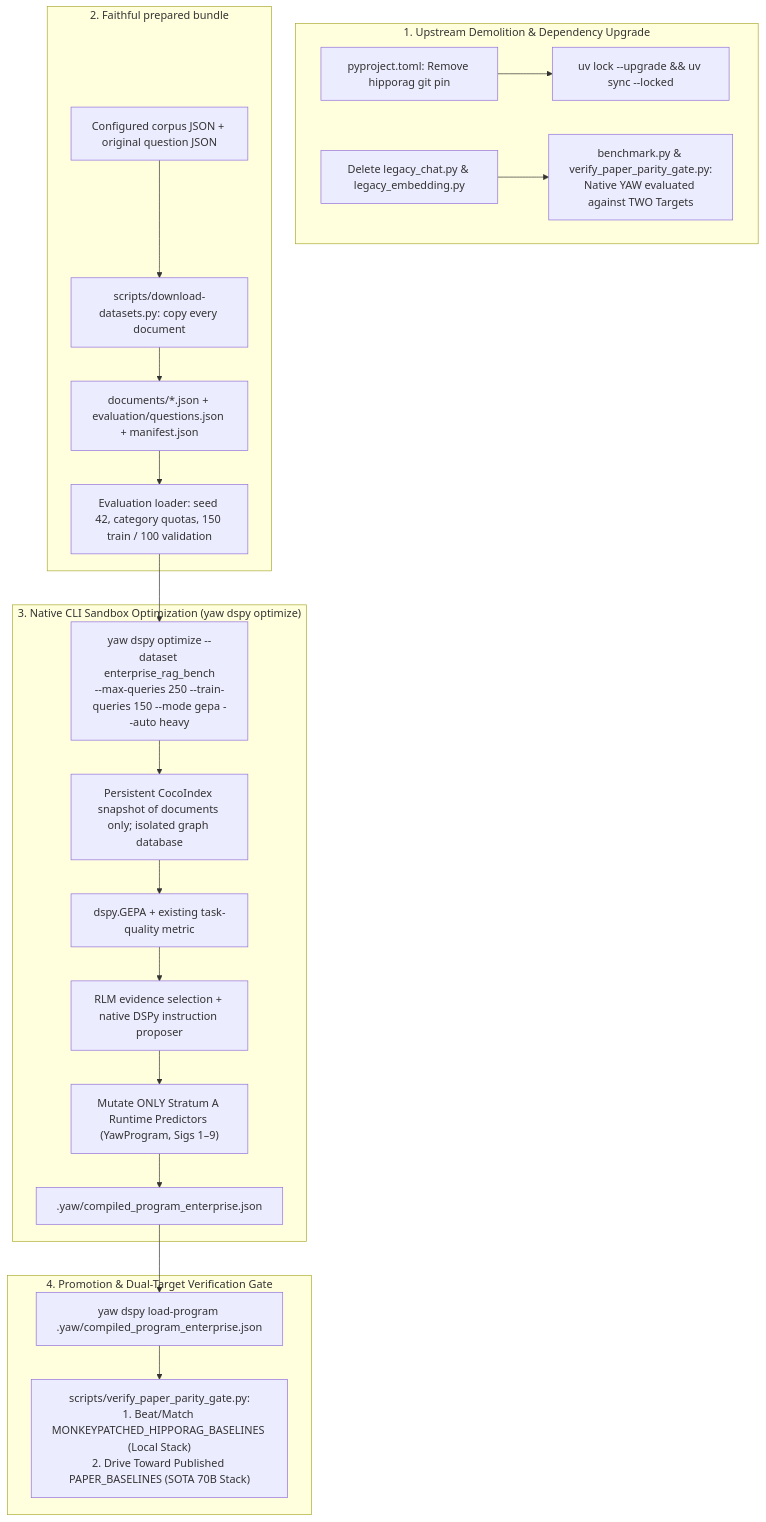
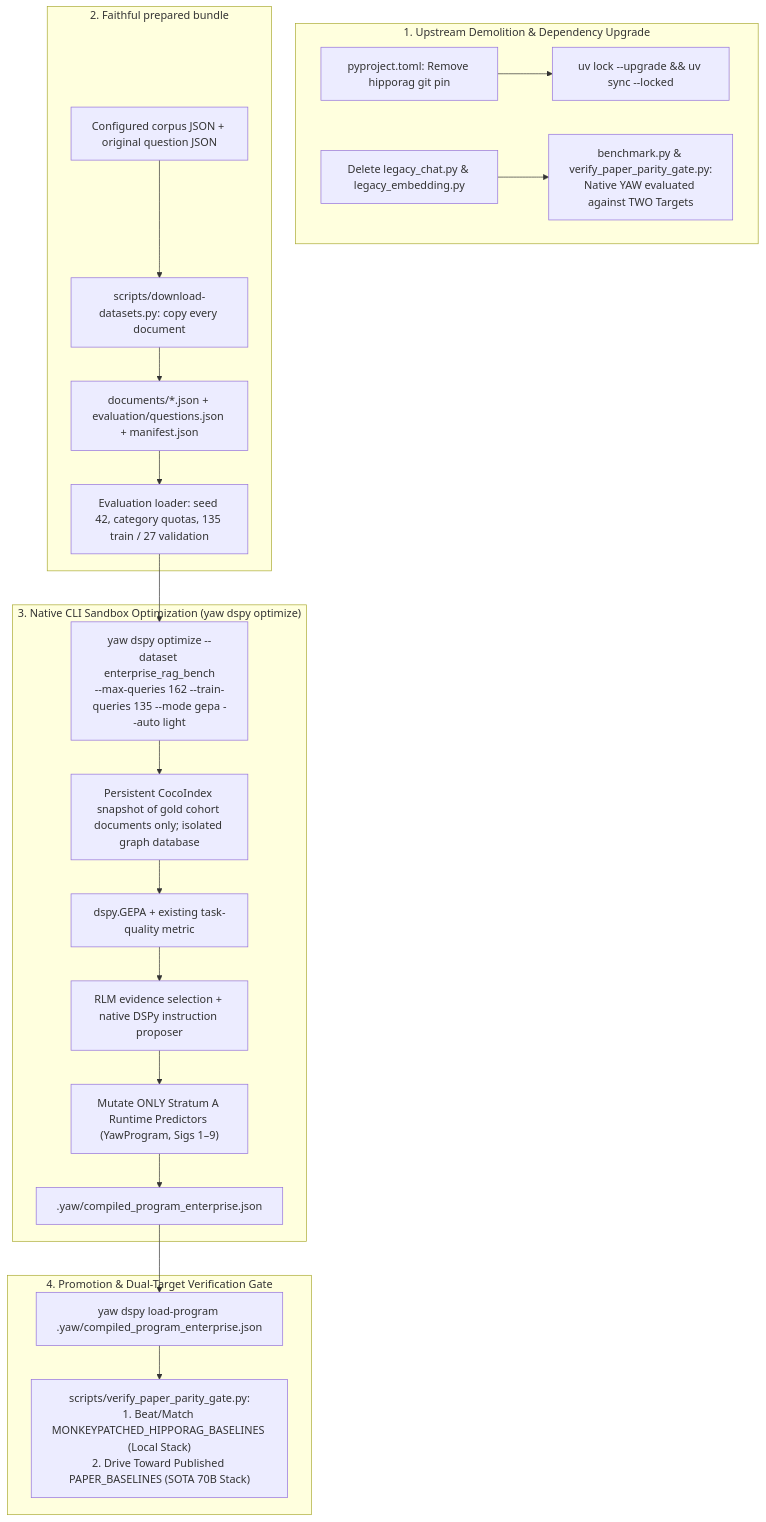
The diagram in docs/enterprise-rag-bench-training-plan.md (negatrait/yaw), drawn with Mermaid before and after one commit. The commit also changed other lines of this file and 8 other files, not shown here.

Commit message:
feat(ingestion): bound enterprise_rag_bench split to 135/27 and gold cohort union

````diff
--- a/docs/enterprise-rag-bench-training-plan.md
+++ b/docs/enterprise-rag-bench-training-plan.md
@@ -34,27 +34,27 @@
 ```mermaid
 flowchart TD
     subgraph Demolition ["1. Upstream Demolition & Dependency Upgrade"]
         PYPROJ["pyproject.toml: Remove hipporag git pin"] --> UVUP["uv lock --upgrade && uv sync --locked"]
         DEL_LEGACY["Delete legacy_chat.py & legacy_embedding.py"] --> NATIVE_BENCH["benchmark.py & verify_paper_parity_gate.py:<br/>Native YAW evaluated against TWO Targets"]
     end
 
     subgraph DataCuration ["2. Faithful prepared bundle"]
         INPUTS["Configured corpus JSON + original question JSON"] --> PREP["scripts/download-datasets.py: copy every document"]
         PREP --> OUT_DS["documents/*.json + evaluation/questions.json + manifest.json"]
-        OUT_DS --> STRAT["Evaluation loader: seed 42, category quotas, 150 train / 100 validation"]
+        OUT_DS --> STRAT["Evaluation loader: seed 42, category quotas, 135 train / 27 validation"]
     end
 
     subgraph NativeCLI ["3. Native CLI Sandbox Optimization (yaw dspy optimize)"]
-        STRAT --> CLI_OPT["yaw dspy optimize --dataset enterprise_rag_bench<br/>--max-queries 250 --train-queries 150 --mode gepa --auto heavy"]
-        CLI_OPT --> SANDBOX["Persistent CocoIndex snapshot of documents only; isolated graph database"]
+        STRAT --> CLI_OPT["yaw dspy optimize --dataset enterprise_rag_bench<br/>--max-queries 162 --train-queries 135 --mode gepa --auto light"]
+        CLI_OPT --> SANDBOX["Persistent CocoIndex snapshot of gold cohort documents only; isolated graph database"]
         SANDBOX --> GEPA["dspy.GEPA + existing task-quality metric"]
         GEPA --> PROPOSER["RLM evidence selection + native DSPy instruction proposer"]
         PROPOSER --> TARGETS["Mutate ONLY Stratum A Runtime Predictors (YawProgram, Sigs 1–9)"]
         TARGETS --> ARTIFACT[".yaw/compiled_program_enterprise.json"]
     end
 
     subgraph DualTargetGate ["4. Promotion & Dual-Target Verification Gate"]
         ARTIFACT --> LOAD["yaw dspy load-program .yaw/compiled_program_enterprise.json"]
         LOAD --> GATE["scripts/verify_paper_parity_gate.py:<br/>1. Beat/Match MONKEYPATCHED_HIPPORAG_BASELINES (Local Stack)<br/>2. Drive Toward Published PAPER_BASELINES (SOTA 70B Stack)"]
     end
 ```
````
